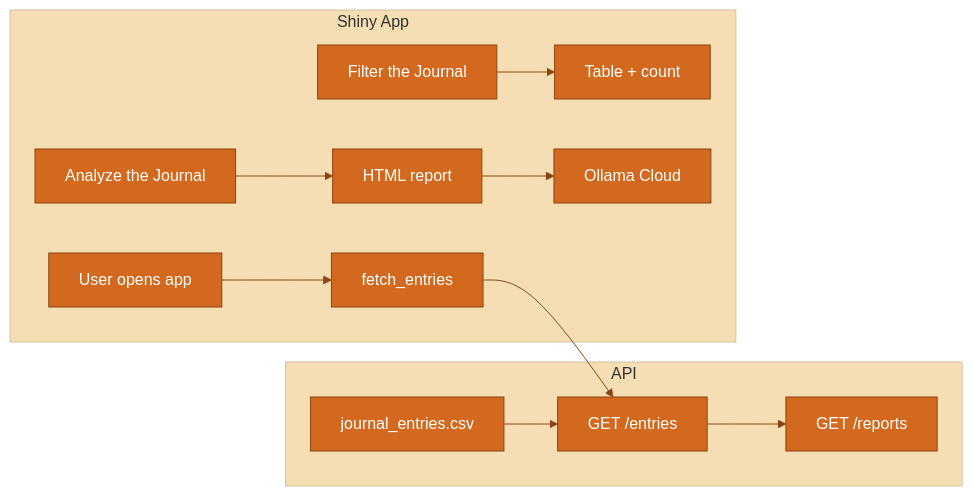
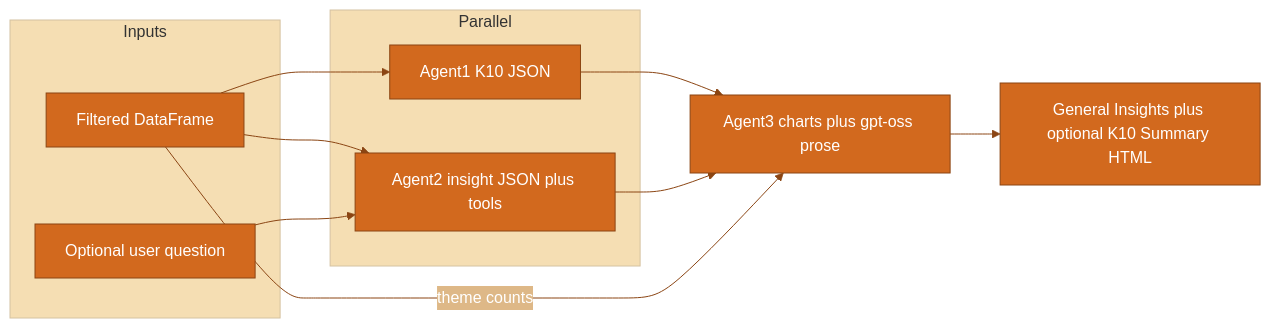
The diagram in README.md (JanHsuanChu/JournalAnalyzer), drawn with Mermaid before and after one commit. The commit also changed other lines of this file and 37 other files, not shown here.

````diff
--- a/README.md
+++ b/README.md
@@ -140,19 +58,20 @@
 ```mermaid
 %%{init: {'theme':'base', 'themeVariables': {'primaryColor':'#D2691E', 'primaryBorderColor':'#8B4513', 'lineColor':'#8B4513', 'secondaryColor':'#DEB887', 'tertiaryColor':'#F5DEB3', 'primaryTextColor':'#fff', 'secondaryTextColor':'#333', 'tertiaryTextColor':'#333'}}}%%
 flowchart LR
-  subgraph API[API]
-    CSV[journal_entries.csv]
-    CSV --> GET[GET /entries]
-    GET --> Reports[GET /reports]
+  subgraph in [Inputs]
+    DF[Filtered DataFrame]
+    UQ[Optional user question]
   end
-  subgraph App[Shiny App]
-    Open[User opens app]
-    Open --> Fetch[fetch_entries]
-    Fetch --> GET
-    Filter[Filter the Journal]
-    Analyze[Analyze the Journal]
-    Filter --> Table[Table + count]
-    Analyze --> Report[HTML report]
-    Report --> Ollama[Ollama Cloud]
+  subgraph par [Parallel]
+    A1[Agent1 K10 JSON]
+    A2[Agent2 insight JSON plus tools]
   end
+  A3[Agent3 charts plus gpt-oss prose]
+  DF --> A1
+  DF --> A2
+  UQ --> A2
+  A1 --> A3
+  A2 --> A3
+  DF -->|theme counts| A3
+  A3 --> OUT[General Insights plus optional K10 Summary HTML]
 ```
````
